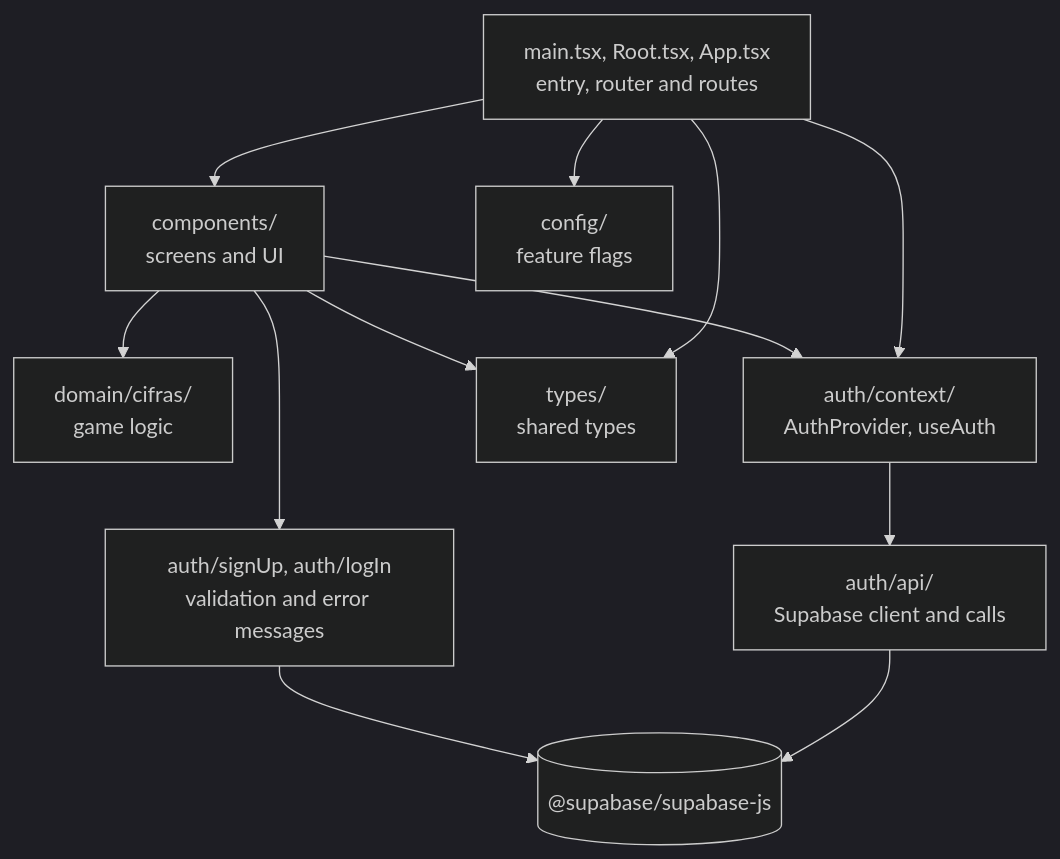
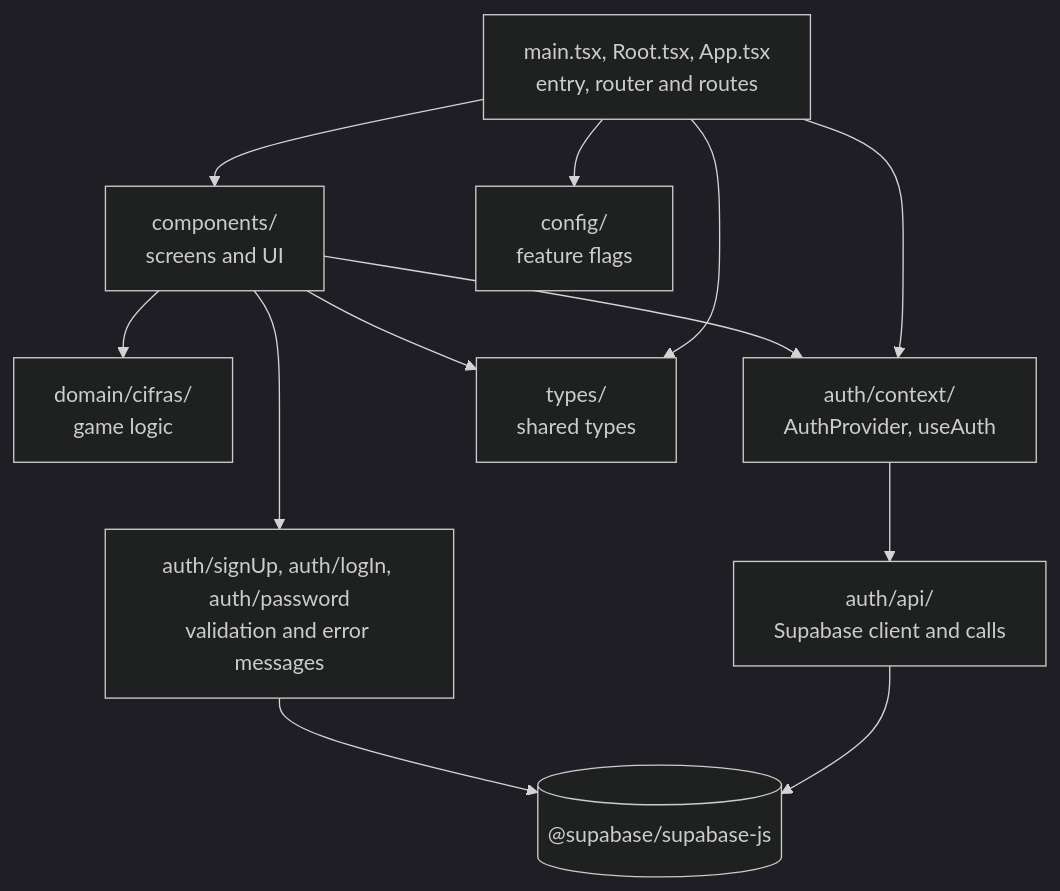
Before and after one commit to MatiCoding/calculetra: the second of 2 diagrams in docs/architecture.md, drawn with Mermaid (dark theme). The commit also changed other lines of this file and 1 other file, not shown here.

First line of the commit message:
docs: add password reset to the changelog and architecture

````diff
--- a/docs/architecture.md
+++ b/docs/architecture.md
@@ -54,24 +54,24 @@
 ```mermaid
 flowchart TD
     entry["main.tsx, Root.tsx, App.tsx<br/>entry, router and routes"]
     components["components/<br/>screens and UI"]
     domain["domain/cifras/<br/>game logic"]
     authContext["auth/context/<br/>AuthProvider, useAuth"]
-    authForms["auth/signUp, auth/logIn<br/>validation and error messages"]
+    authForms["auth/signUp, auth/logIn, auth/password<br/>validation and error messages"]
     authApi["auth/api/<br/>Supabase client and calls"]
     config["config/<br/>feature flags"]
     types["types/<br/>shared types"]
     supabaseLib[("@supabase/supabase-js")]
 
     entry --> components
     entry --> authContext
     entry --> config
     entry --> types
     components --> domain
     components --> authContext
     components --> authForms
     components --> types
     authContext --> authApi
     authApi --> supabaseLib
     authForms --> supabaseLib
 ```
````
